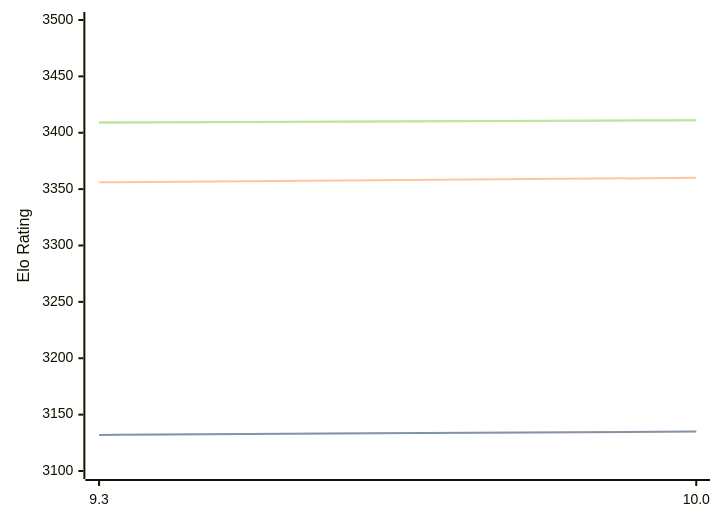
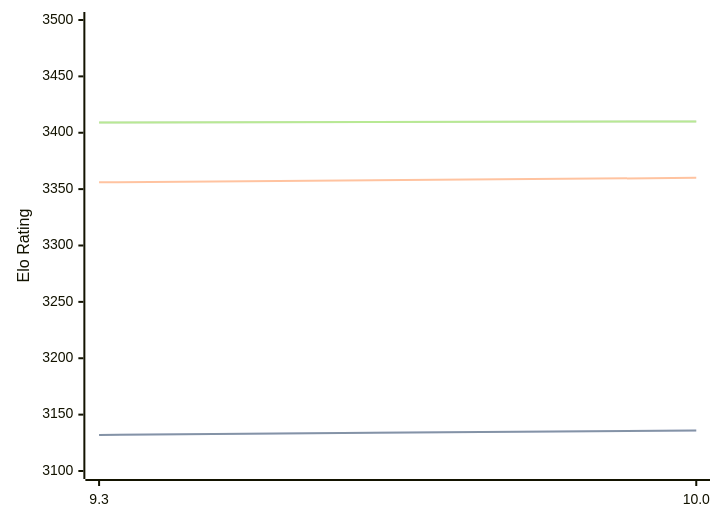
One commit to computer-chess-index/cci changed the diagram in engines/Fire.md. Above: the diagram before and after it, drawn with Mermaid. The commit also changed other lines of this file, not shown here.

Commit message:
Update CCI Ratings (ELO VLTC) - 2026-06-09

````diff
--- a/engines/Fire.md
+++ b/engines/Fire.md
@@ -47,11 +47,11 @@
 ```mermaid
 %%{init: {"theme":"base","themeVariables":{"seriesColors:['#a3a3a3','#222221','#faa371']}}}%%
 xychart-beta
   x-axis ["9.3", "10.0"]
   y-axis "Elo Rating" 3100 --> 3500
-  line "STC (8.0+0.08s)" [3132, 3135]
-  line "STC (8.0+0.08s)" [3132, 3135]
+  line "STC (8.0+0.08s)" [3132, 3136]
+  line "STC (8.0+0.08s)" [3132, 3136]
   line "LTC (60.0+0.60s)" [3356, 3360]
-  line "VLTC (2m24s+1.12s)" [3409, 3411]
-  line "VLTC (2m24s+1.12s)" [3409, 3411]
+  line "VLTC (2m24s+1.12s)" [3409, 3410]
+  line "VLTC (2m24s+1.12s)" [3409, 3410]
 ```
````
